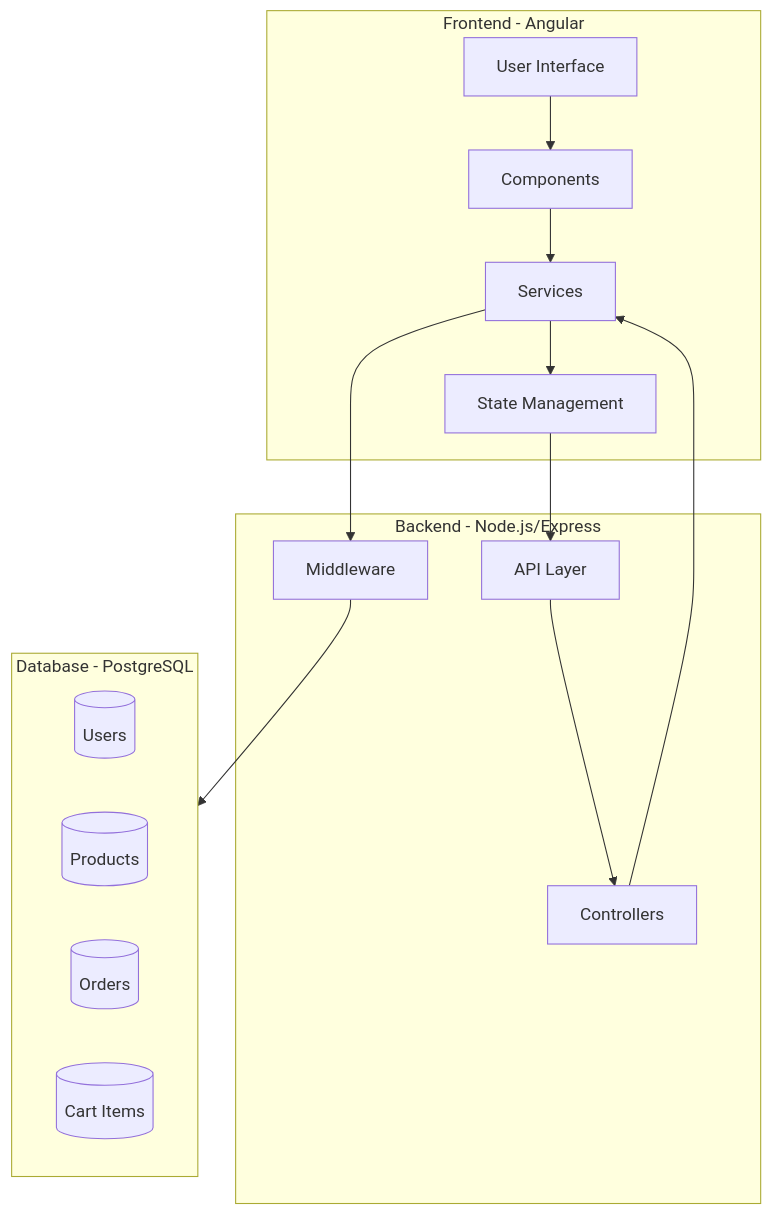
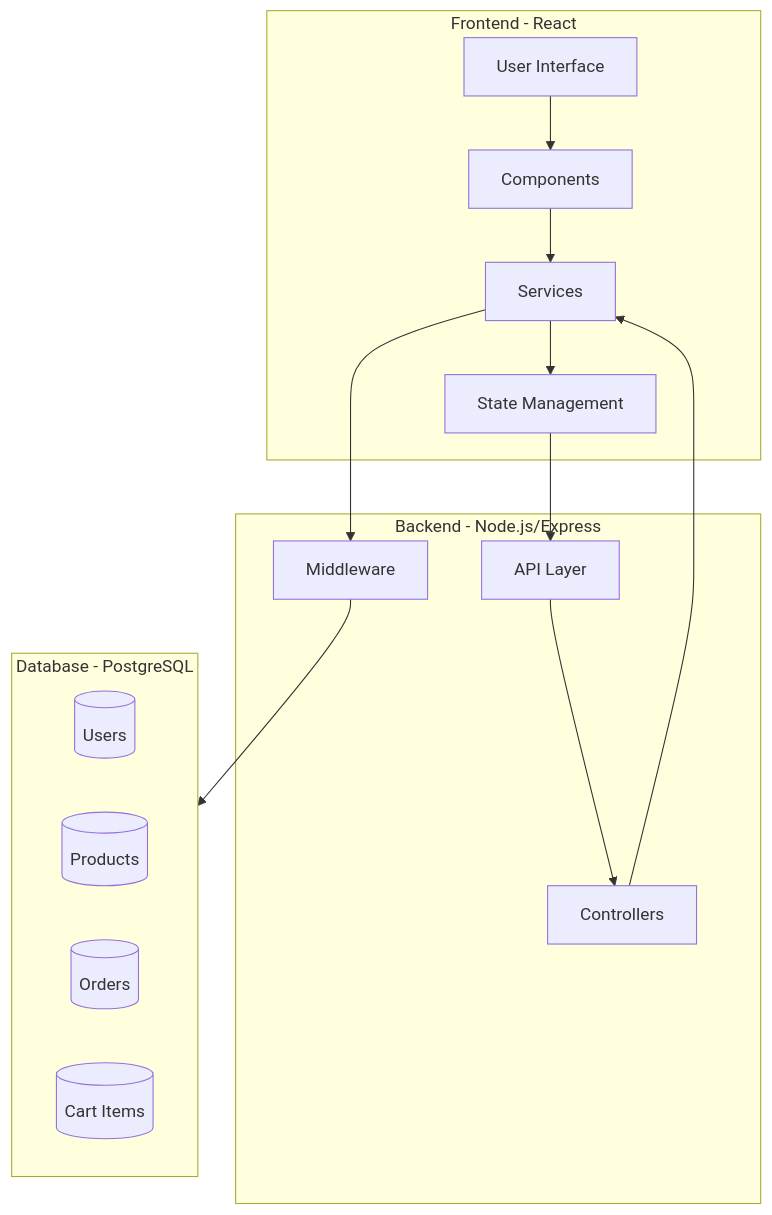
The first of 6 diagrams in smart-cart/ARCHITECTURE.md (HasiniA99x/go-vibe-99x), drawn with Mermaid before and after one commit. The commit also changed other lines of this file, not shown here.

Commit message:
Update architecture file

````diff
--- a/smart-cart/ARCHITECTURE.md
+++ b/smart-cart/ARCHITECTURE.md
@@ -12,32 +12,32 @@
 ```mermaid
 graph TB
-    subgraph Frontend [Frontend - Angular]
+    subgraph Frontend [Frontend - React]
         UI[User Interface]
         Components[Components]
         Services[Services]
         State[State Management]
     end
 
     subgraph Backend [Backend - Node.js/Express]
         API[API Layer]
         Controllers[Controllers]
         Services[Services]
         Middleware[Middleware]
     end
 
     subgraph Database [Database - PostgreSQL]
         Users[(Users)]
         Products[(Products)]
         Orders[(Orders)]
         Cart[(Cart Items)]
     end
 
     UI --> Components
     Components --> Services
     Services --> State
     State --> API
     API --> Controllers
     Controllers --> Services
     Services --> Middleware
     Middleware --> Database
 ```
````
